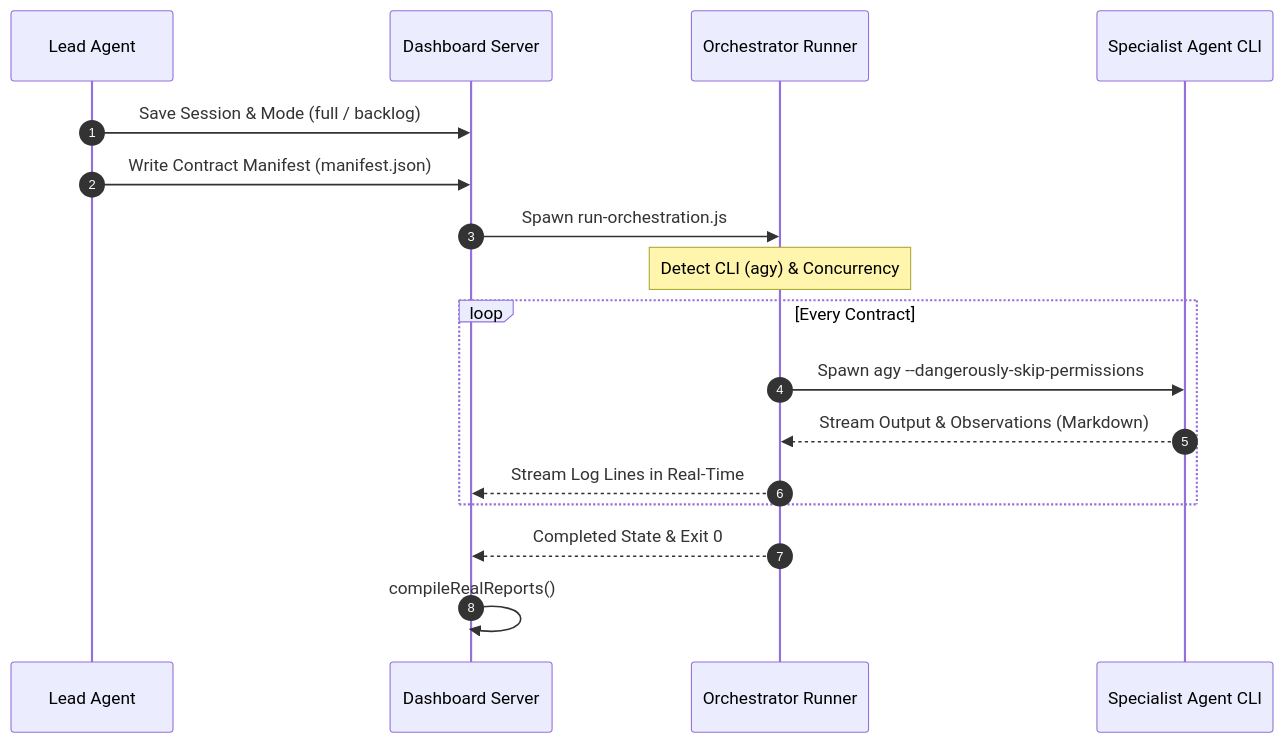
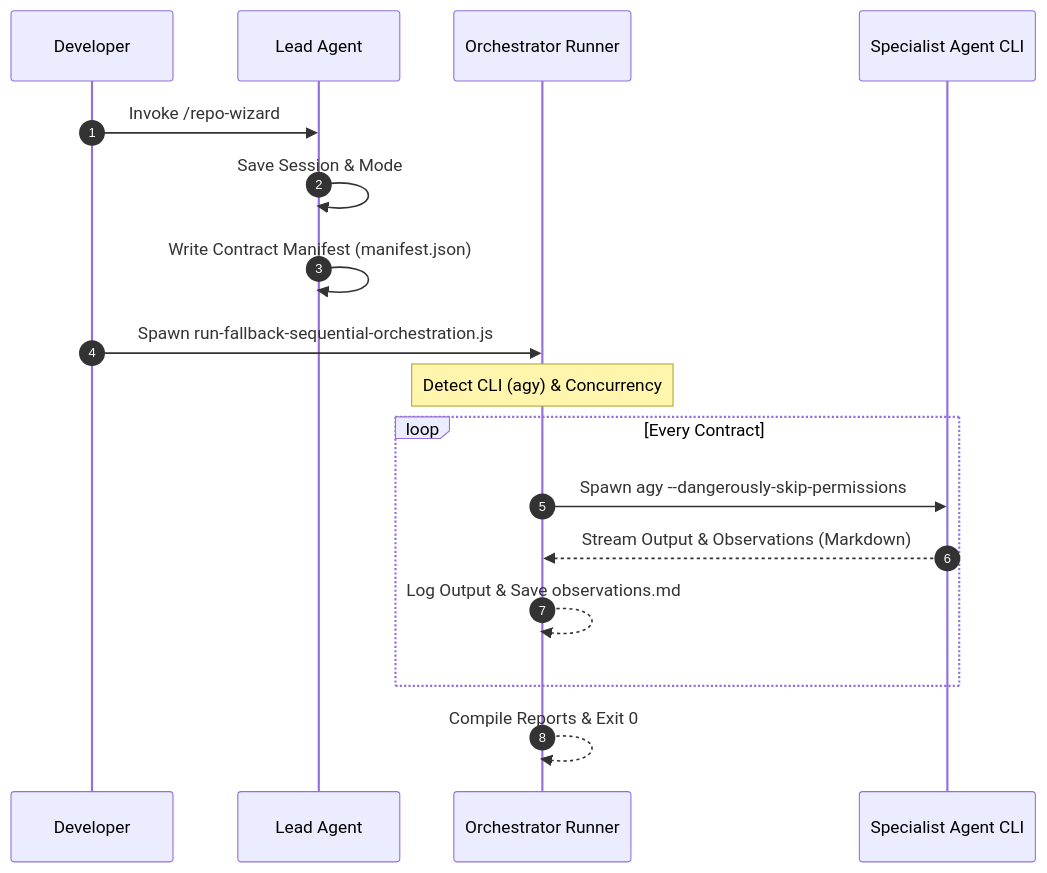
Before and after one commit to anjiera/repo-wizard: the diagram in docs/design/decoupled-orchestration.md, drawn with Mermaid. The commit also changed 41 other files, not shown here.

````diff
--- a/docs/design/decoupled-orchestration.md
+++ b/docs/design/decoupled-orchestration.md
@@ -17,20 +17,20 @@
 ```mermaid
 sequenceDiagram
     autonumber
+    participant D as Developer
     participant L as Lead Agent
-    participant D as Dashboard Server
     participant O as Orchestrator Runner
     participant S as Specialist Agent CLI
     
-    L->>D: Save Session & Mode (full / backlog)
-    L->>D: Write Contract Manifest (manifest.json)
-    D->>O: Spawn run-orchestration.js
+    D->>L: Invoke /repo-wizard
+    L->>L: Save Session & Mode
+    L->>L: Write Contract Manifest (manifest.json)
+    D->>O: Spawn run-fallback-sequential-orchestration.js
     Note over O: Detect CLI (agy) & Concurrency
     loop Every Contract
         O->>S: Spawn agy --dangerously-skip-permissions
         S-->>O: Stream Output & Observations (Markdown)
-        O-->>D: Stream Log Lines in Real-Time
+        O-->>O: Log Output & Save observations.md
     end
-    O-->>D: Completed State & Exit 0
-    D->>D: compileRealReports()
+    O-->>O: Compile Reports & Exit 0
 ```
````
